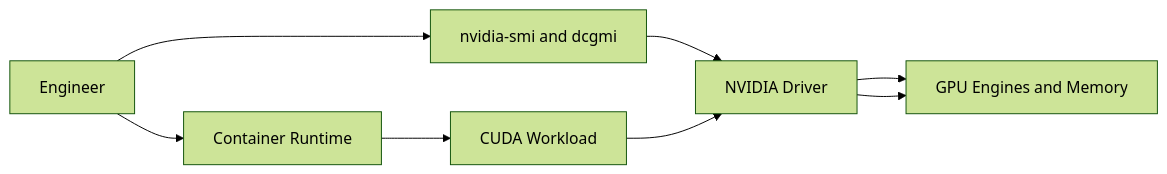
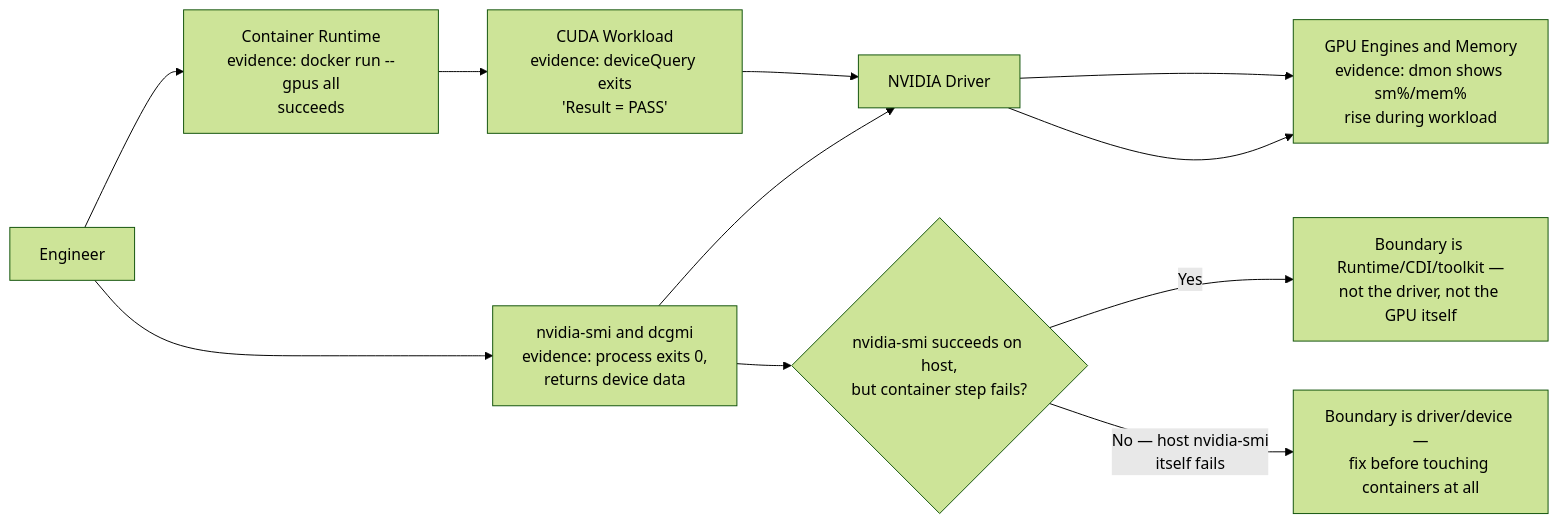
Before and after one commit to jithinpnjm/nvidia-devops: the diagram in docs/nvidia-zero-to-hero/volume-02/labs/lab-02-inspect-gpu-engine-and-memory-behavior.md, drawn with Mermaid (forest theme). The commit also changed other lines of this file, not shown here.

````diff
--- a/docs/nvidia-zero-to-hero/volume-02/labs/lab-02-inspect-gpu-engine-and-memory-behavior.md
+++ b/docs/nvidia-zero-to-hero/volume-02/labs/lab-02-inspect-gpu-engine-and-memory-behavior.md
@@ -52,14 +52,17 @@
 ```mermaid
 flowchart LR
     User[Engineer]
-    CLI[nvidia-smi and dcgmi]
+    CLI["nvidia-smi and dcgmi<br/>evidence: process exits 0,<br/>returns device data"]
     Driver[NVIDIA Driver]
-    Runtime[Container Runtime]
-    Workload[CUDA Workload]
-    GPU[GPU Engines and Memory]
+    Runtime["Container Runtime<br/>evidence: docker run --gpus all<br/>succeeds"]
+    Workload["CUDA Workload<br/>evidence: deviceQuery exits<br/>'Result = PASS'"]
+    GPU["GPU Engines and Memory<br/>evidence: dmon shows sm%/mem%<br/>rise during workload"]
 
     User --> CLI --> Driver --> GPU
     User --> Runtime --> Workload
     Workload --> Driver
     Driver --> GPU
+    CLI --> Check{"nvidia-smi succeeds on host,<br/>but container step fails?"}
+    Check -->|"Yes"| Boundary["Boundary is Runtime/CDI/toolkit —<br/>not the driver, not the GPU itself"]
+    Check -->|"No — host nvidia-smi<br/>itself fails"| DriverFault["Boundary is driver/device —<br/>fix before touching containers at all"]
 ```
````
